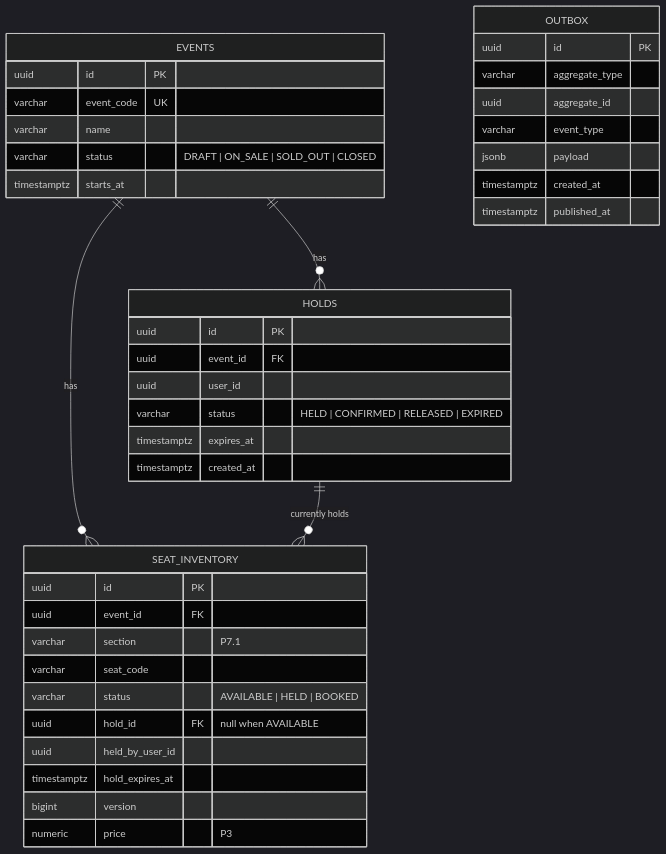
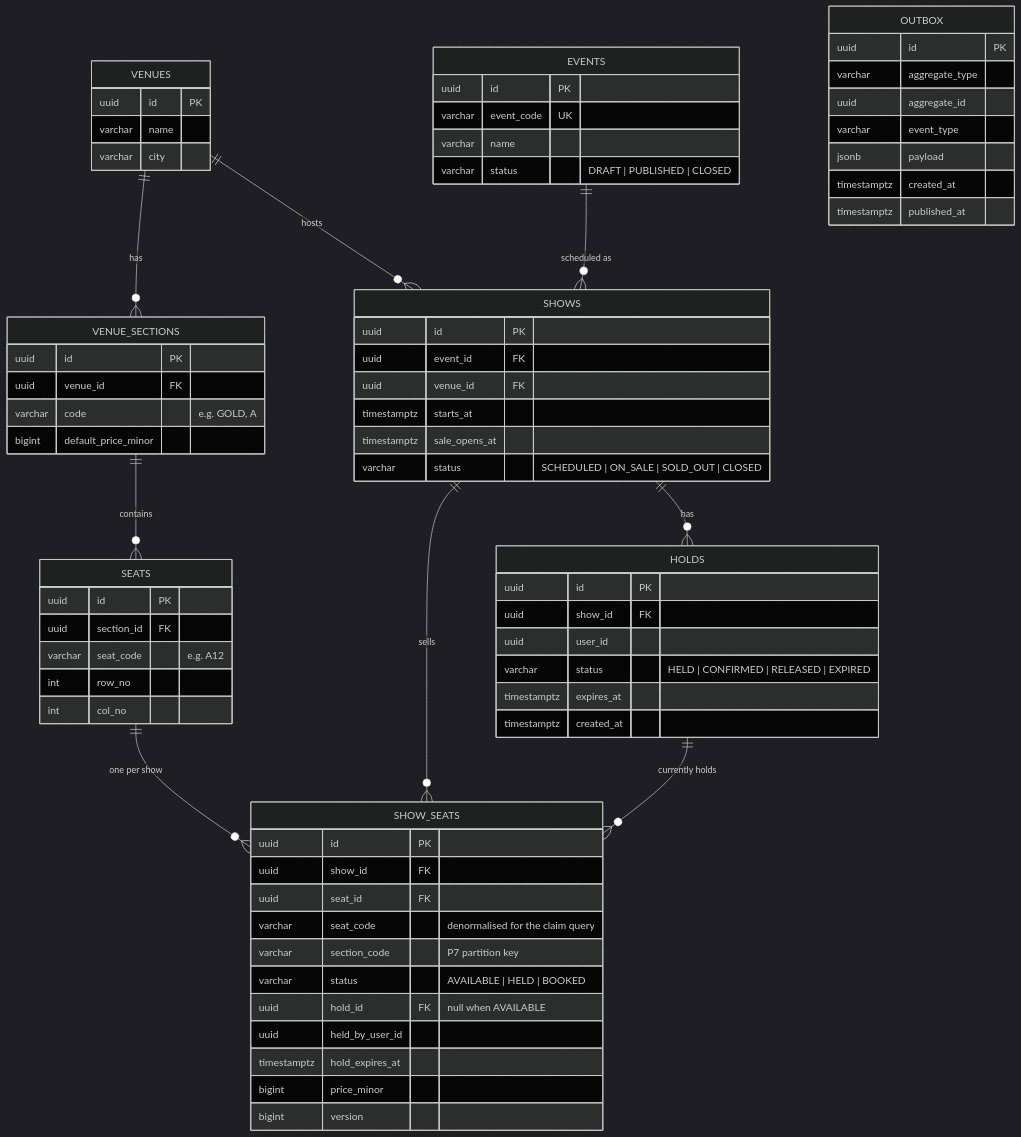
One commit to Vivek-122005/distributed-ticket-reservation-system changed the first of 2 diagrams in docs/hld/04-data-model.md. Above: the diagram before and after it, drawn with Mermaid (dark theme). The commit also changed other lines of this file and 8 other files, not shown here.

First line of the commit message:
docs: adopt show/venue model, payment reconciliation and monolith-first core

````diff
--- a/docs/hld/04-data-model.md
+++ b/docs/hld/04-data-model.md
@@ -9,42 +14,73 @@
 ```mermaid
 erDiagram
-    EVENTS ||--o{ SEAT_INVENTORY : has
-    EVENTS ||--o{ HOLDS : has
-    HOLDS ||--o{ SEAT_INVENTORY : "currently holds"
+    VENUES ||--o{ VENUE_SECTIONS : has
+    VENUE_SECTIONS ||--o{ SEATS : contains
+    EVENTS ||--o{ SHOWS : "scheduled as"
+    VENUES ||--o{ SHOWS : hosts
+    SHOWS ||--o{ SHOW_SEATS : sells
+    SEATS ||--o{ SHOW_SEATS : "one per show"
+    SHOWS ||--o{ HOLDS : has
+    HOLDS ||--o{ SHOW_SEATS : "currently holds"
+    VENUES {
+      uuid id PK
+      varchar name
+      varchar city
+    }
+    VENUE_SECTIONS {
+      uuid id PK
+      uuid venue_id FK
+      varchar code "e.g. GOLD, A"
+      bigint default_price_minor
+    }
+    SEATS {
+      uuid id PK
+      uuid section_id FK
+      varchar seat_code "e.g. A12"
+      int row_no
+      int col_no
+    }
     EVENTS {
       uuid id PK
       varchar event_code UK
       varchar name
-      varchar status "DRAFT | ON_SALE | SOLD_OUT | CLOSED"
-      timestamptz starts_at
+      varchar status "DRAFT | PUBLISHED | CLOSED"
     }
-    SEAT_INVENTORY {
+    SHOWS {
       uuid id PK
       uuid event_id FK
-      varchar section "P7.1"
-      varchar seat_code
+      uuid venue_id FK
+      timestamptz starts_at
+      timestamptz sale_opens_at
+      varchar status "SCHEDULED | ON_SALE | SOLD_OUT | CLOSED"
+    }
+    SHOW_SEATS {
+      uuid id PK
+      uuid show_id FK
+      uuid seat_id FK
+      varchar seat_code "denormalised for the claim query"
+      varchar section_code "P7 partition key"
       varchar status "AVAILABLE | HELD | BOOKED"
       uuid hold_id FK "null when AVAILABLE"
       uuid held_by_user_id
       timestamptz hold_expires_at
+      bigint price_minor
       bigint version
-      numeric price "P3"
     }
     HOLDS {
       uuid id PK
-      uuid event_id FK
+      uuid show_id FK
       uuid user_id
       varchar status "HELD | CONFIRMED | RELEASED | EXPIRED"
       timestamptz expires_at
       timestamptz created_at
     }
     OUTBOX {
       uuid id PK
       varchar aggregate_type
       uuid aggregate_id
       varchar event_type
       jsonb payload
       timestamptz created_at
       timestamptz published_at
     }
 ```
````
